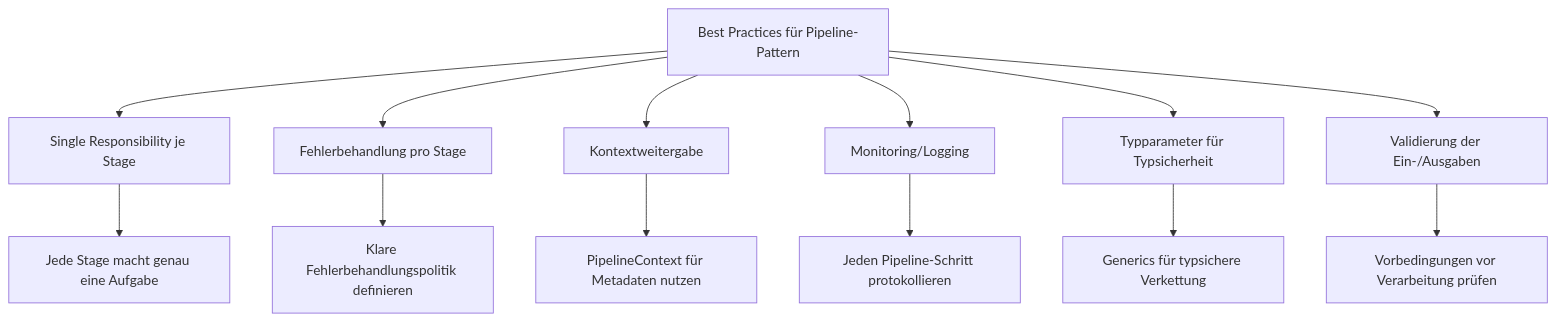
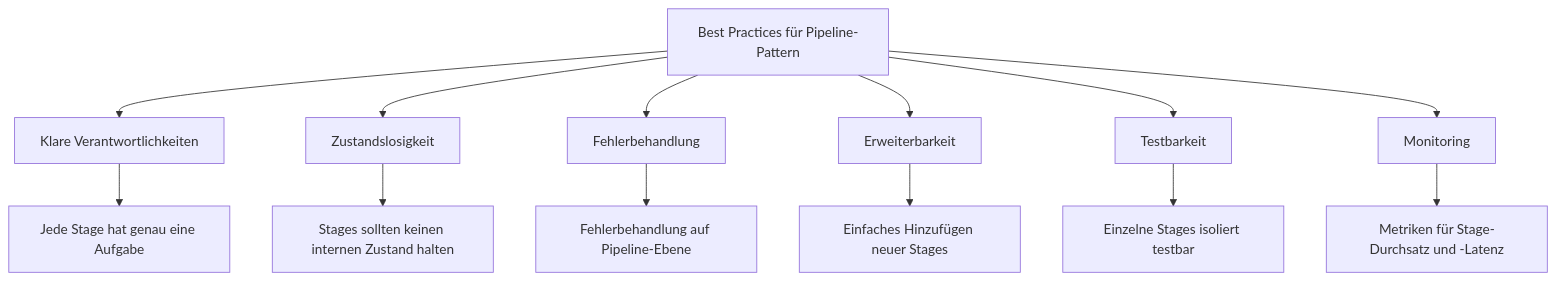
The seventh of 13 diagrams in Pipeline/docs/IMPLEMENTATION_GUIDE.md (scimbe/VS_Pattern_By_KI), drawn with Mermaid before and after one commit. The commit also changed other lines of this file and 19 other files, not shown here.

````diff
--- a/Pipeline/docs/IMPLEMENTATION_GUIDE.md
+++ b/Pipeline/docs/IMPLEMENTATION_GUIDE.md
@@ -97,16 +115,16 @@
 ```mermaid
 graph TD
-    A[Best Practices für Pipeline-Pattern] --> B[Single Responsibility je Stage]
-    A --> C[Fehlerbehandlung pro Stage]
-    A --> D[Kontextweitergabe]
-    A --> E[Monitoring/Logging]
-    A --> F[Typparameter für Typsicherheit]
-    A --> G[Validierung der Ein-/Ausgaben]
+    A[Best Practices für Pipeline-Pattern] --> B[Klare Verantwortlichkeiten]
+    A --> C[Zustandslosigkeit]
+    A --> D[Fehlerbehandlung]
+    A --> E[Erweiterbarkeit]
+    A --> F[Testbarkeit]
+    A --> G[Monitoring]
     
-    B --> B1[Jede Stage macht genau eine Aufgabe]
-    C --> C1[Klare Fehlerbehandlungspolitik definieren]
-    D --> D1[PipelineContext für Metadaten nutzen]
-    E --> E1[Jeden Pipeline-Schritt protokollieren]
-    F --> F1[Generics für typsichere Verkettung]
-    G --> G1[Vorbedingungen vor Verarbeitung prüfen]
+    B --> B1[Jede Stage hat genau eine Aufgabe]
+    C --> C1[Stages sollten keinen internen Zustand halten]
+    D --> D1[Fehlerbehandlung auf Pipeline-Ebene]
+    E --> E1[Einfaches Hinzufügen neuer Stages]
+    F --> F1[Einzelne Stages isoliert testbar]
+    G --> G1[Metriken für Stage-Durchsatz und -Latenz]
 ```
````
